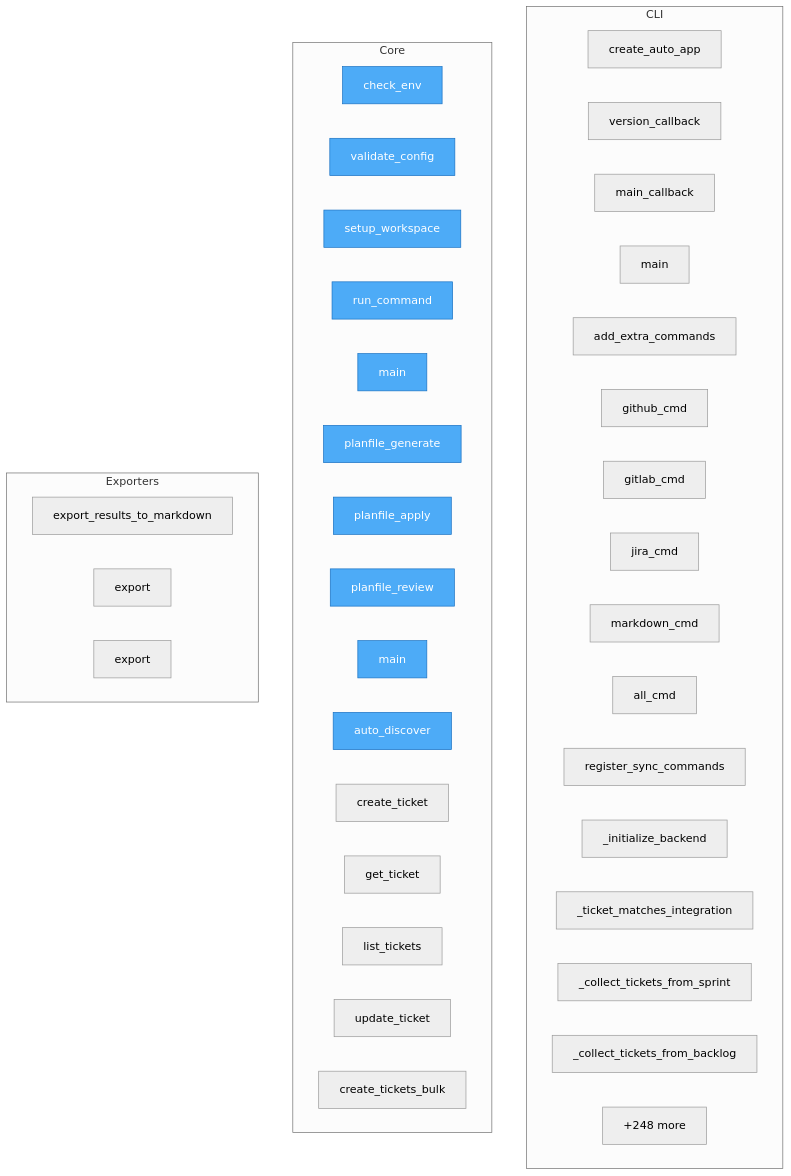
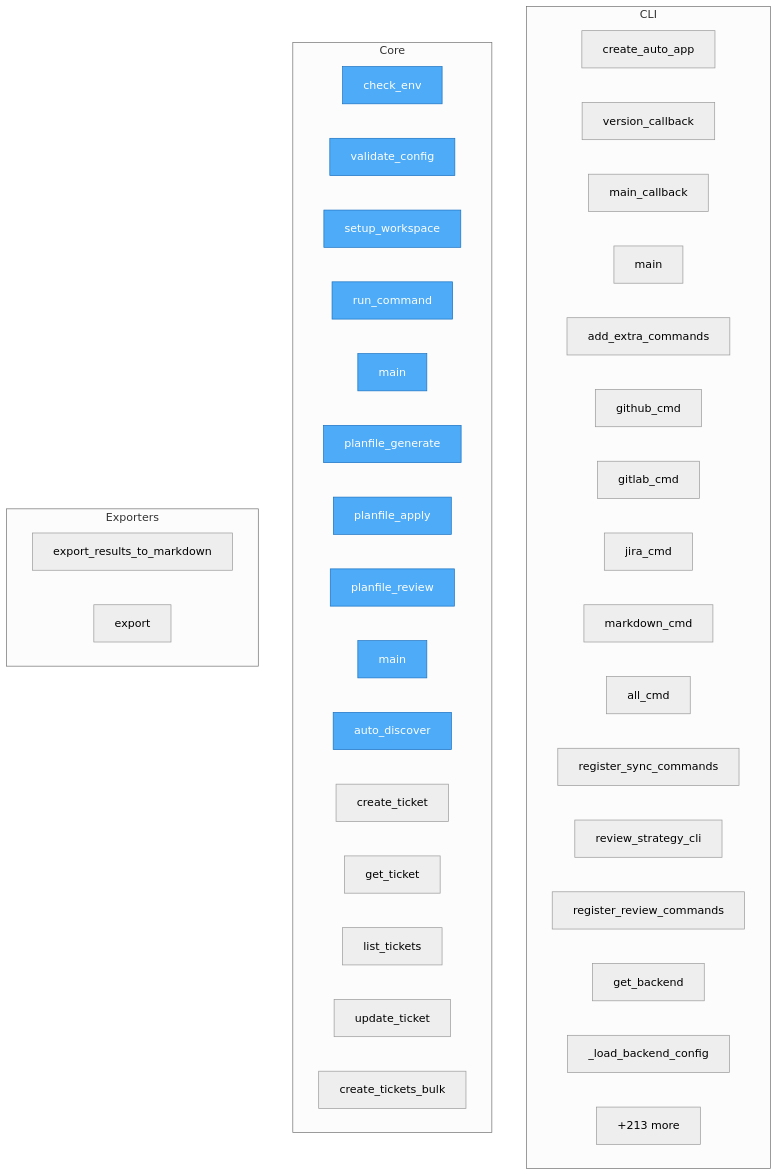
The diagram in project/flow.mmd (semcod/planfile), drawn with Mermaid (neutral theme) before and after one commit. The commit also changed 20 other files, not shown here.

```diff
--- a/project/flow.mmd
+++ b/project/flow.mmd
@@ -1,50 +1,49 @@
 flowchart TD
 
     %% Entry points (blue)
     classDef entry fill:#4dabf7,stroke:#1971c2,color:#fff
 
     subgraph CLI
         planfile__cli__auto_loop__create_auto_app["create_auto_app"]
         planfile__cli__commands__version_callback["version_callback"]
         planfile__cli__commands__main_callback["main_callback"]
         planfile__cli__commands__main["main"]
         planfile__cli__extra_commands__add_extra_commands["add_extra_commands"]
         planfile__cli__groups__sync__commands__github_cmd["github_cmd"]
         planfile__cli__groups__sync__commands__gitlab_cmd["gitlab_cmd"]
         planfile__cli__groups__sync__commands__jira_cmd["jira_cmd"]
         planfile__cli__groups__sync__commands__markdown_cmd["markdown_cmd"]
         planfile__cli__groups__sync__commands__all_cmd["all_cmd"]
         planfile__cli__groups__sync__register_sync_commands["register_sync_commands"]
-        planfile__cli__groups__sync__core___initialize_backend["_initialize_backend"]
-        planfile__cli__groups__sync__core___ticket_matches_integration["_ticket_matches_integration"]
-        planfile__cli__groups__sync__core___collect_tickets_from_sprint["_collect_tickets_from_sprint"]
-        planfile__cli__groups__sync__core___collect_tickets_from_backlog["_collect_tickets_from_backlog"]
-        ...["+107 more"]
+        planfile__cli__groups__review__commands__review_strategy_cli["review_strategy_cli"]
+        planfile__cli__groups__review__register_review_commands["register_review_commands"]
+        planfile__cli__groups__review__utils__get_backend["get_backend"]
+        planfile__cli__groups__review__utils___load_backend_config["_load_backend_config"]
+        ...["+124 more"]
     end
 
     subgraph Core
         docker_entrypoint__check_env["check_env"]
         docker_entrypoint__validate_config["validate_config"]
         docker_entrypoint__setup_workspace["setup_workspace"]
         docker_entrypoint__run_command["run_command"]
         docker_entrypoint__main["main"]
         mcp_server_example__planfile_generate["planfile_generate"]
         mcp_server_example__planfile_apply["planfile_apply"]
         mcp_server_example__planfile_review["planfile_review"]
         mcp_server_example__main["main"]
         planfile__Planfile__auto_discover["auto_discover"]
         planfile__Planfile__create_ticket["create_ticket"]
         planfile__Planfile__get_ticket["get_ticket"]
         planfile__Planfile__list_tickets["list_tickets"]
         planfile__Planfile__update_ticket["update_ticket"]
         planfile__Planfile__create_tickets_bulk["create_tickets_bulk"]
-        ...["+248 more"]
+        ...["+213 more"]
     end
 
     subgraph Exporters
         planfile__loaders__cli_loader__export_results_to_markdown["export_results_to_markdown"]
-        planfile__core__store__PlanfileStore__export["export"]
         planfile__core__models__strategy__Strategy__export["export"]
     end
 
     class docker_entrypoint__check_env,docker_entrypoint__validate_config,docker_entrypoint__setup_workspace,docker_entrypoint__run_command,docker_entrypoint__main,mcp_server_example__planfile_generate,mcp_server_example__planfile_apply,mcp_server_example__planfile_review,mcp_server_example__main,planfile__Planfile__auto_discover entry
```
